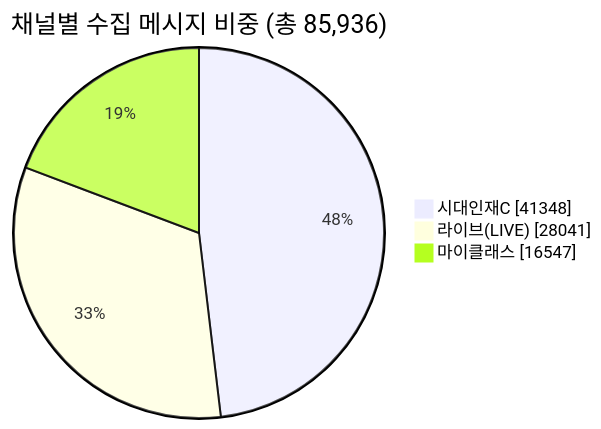
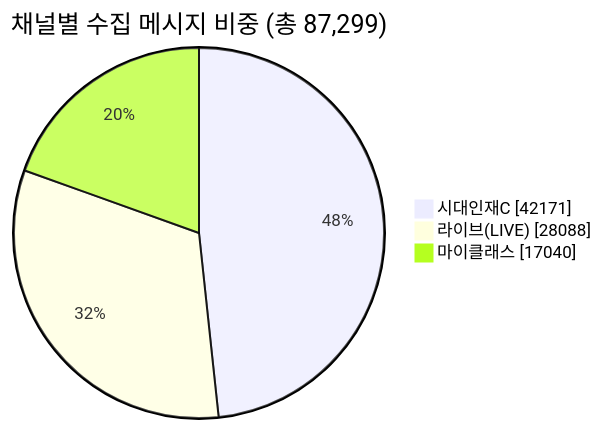
The second of 2 diagrams in analysis/kakao-collect/카카오상담수집_컨플루언스.md (layr8x/Wiki), drawn with Mermaid before and after one commit. The commit also changed other lines of this file and 17 other files, not shown here.

````diff
--- a/analysis/kakao-collect/카카오상담수집_컨플루언스.md
+++ b/analysis/kakao-collect/카카오상담수집_컨플루언스.md
@@ -106,6 +108,6 @@
 ```mermaid
-pie showData title 채널별 수집 메시지 비중 (총 85,936)
-    "시대인재C" : 41348
-    "라이브(LIVE)" : 28041
-    "마이클래스" : 16547
+pie showData title 채널별 수집 메시지 비중 (총 87,299)
+    "시대인재C" : 42171
+    "라이브(LIVE)" : 28088
+    "마이클래스" : 17040
 ```
````
